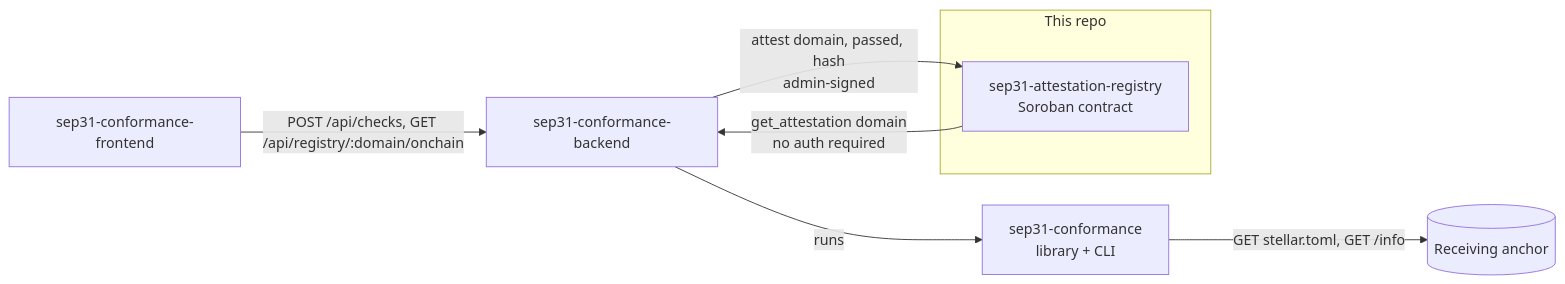
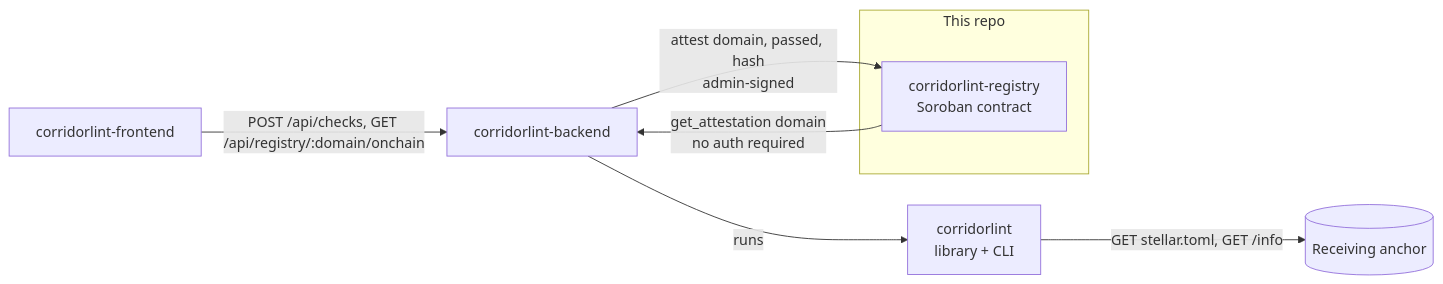
The first of 3 diagrams in README.md (sep31-conformance/sep31-attestation-registry), drawn with Mermaid before and after one commit. The commit also changed other lines of this file and 1 other file, not shown here.

First line of the commit message:
Rename project from sep31-attestation-registry to corridorlint-registry

````diff
--- a/README.md
+++ b/README.md
@@ -17,16 +17,16 @@
 ```mermaid
 flowchart LR
     Anchor[(Receiving anchor)]
-    Lib[sep31-conformance<br/>library + CLI]
-    BE[sep31-conformance-backend]
+    Lib[corridorlint<br/>library + CLI]
+    BE[corridorlint-backend]
     subgraph This repo
-        Contract[sep31-attestation-registry<br/>Soroban contract]
+        Contract[corridorlint-registry<br/>Soroban contract]
     end
-    FE[sep31-conformance-frontend]
+    FE[corridorlint-frontend]
 
     Lib -->|GET stellar.toml, GET /info| Anchor
     BE -->|runs| Lib
     BE -->|attest domain, passed, hash<br/>admin-signed| Contract
     Contract -->|get_attestation domain<br/>no auth required| BE
     FE -->|POST /api/checks, GET /api/registry/:domain/onchain| BE
 ```
````
